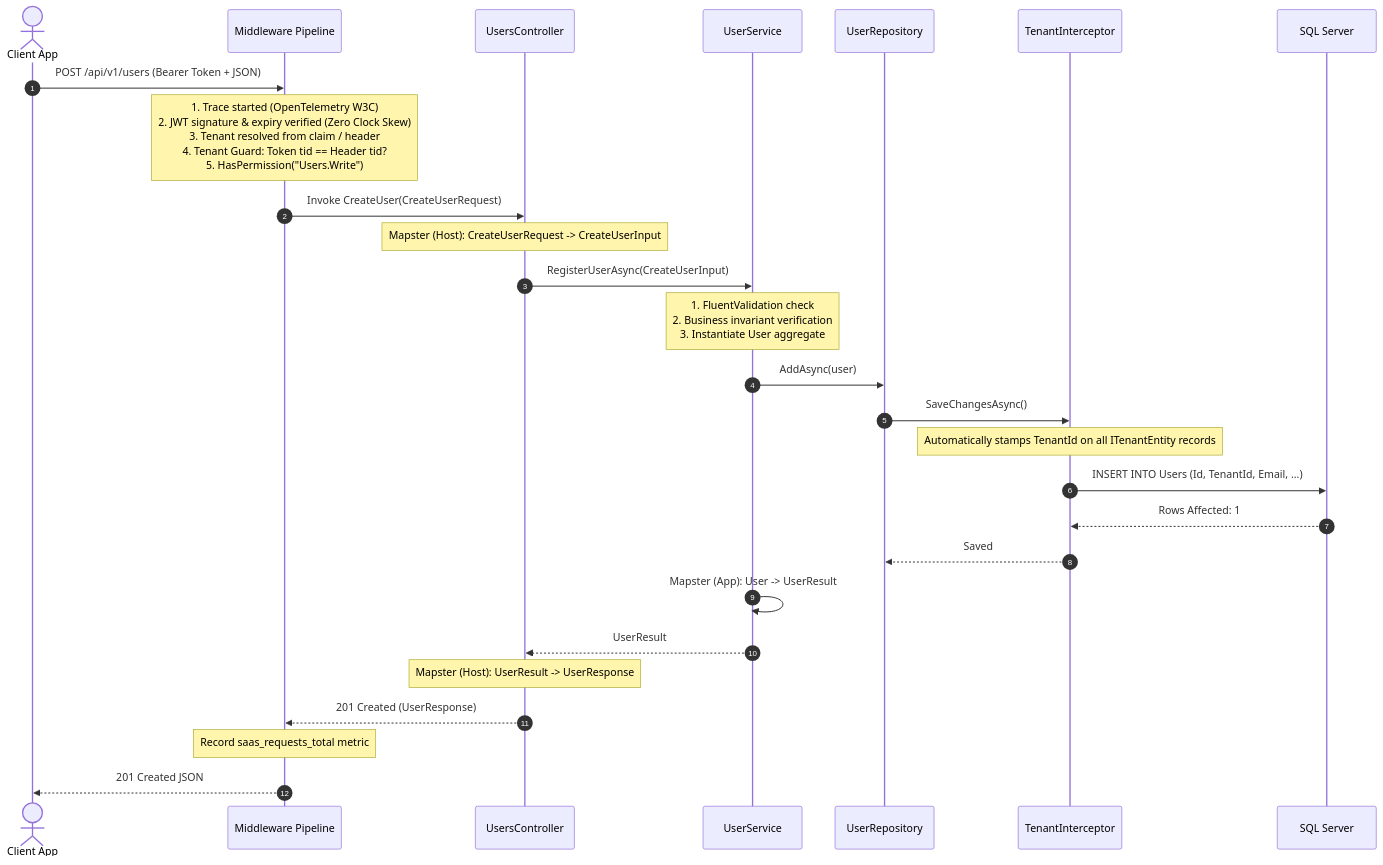
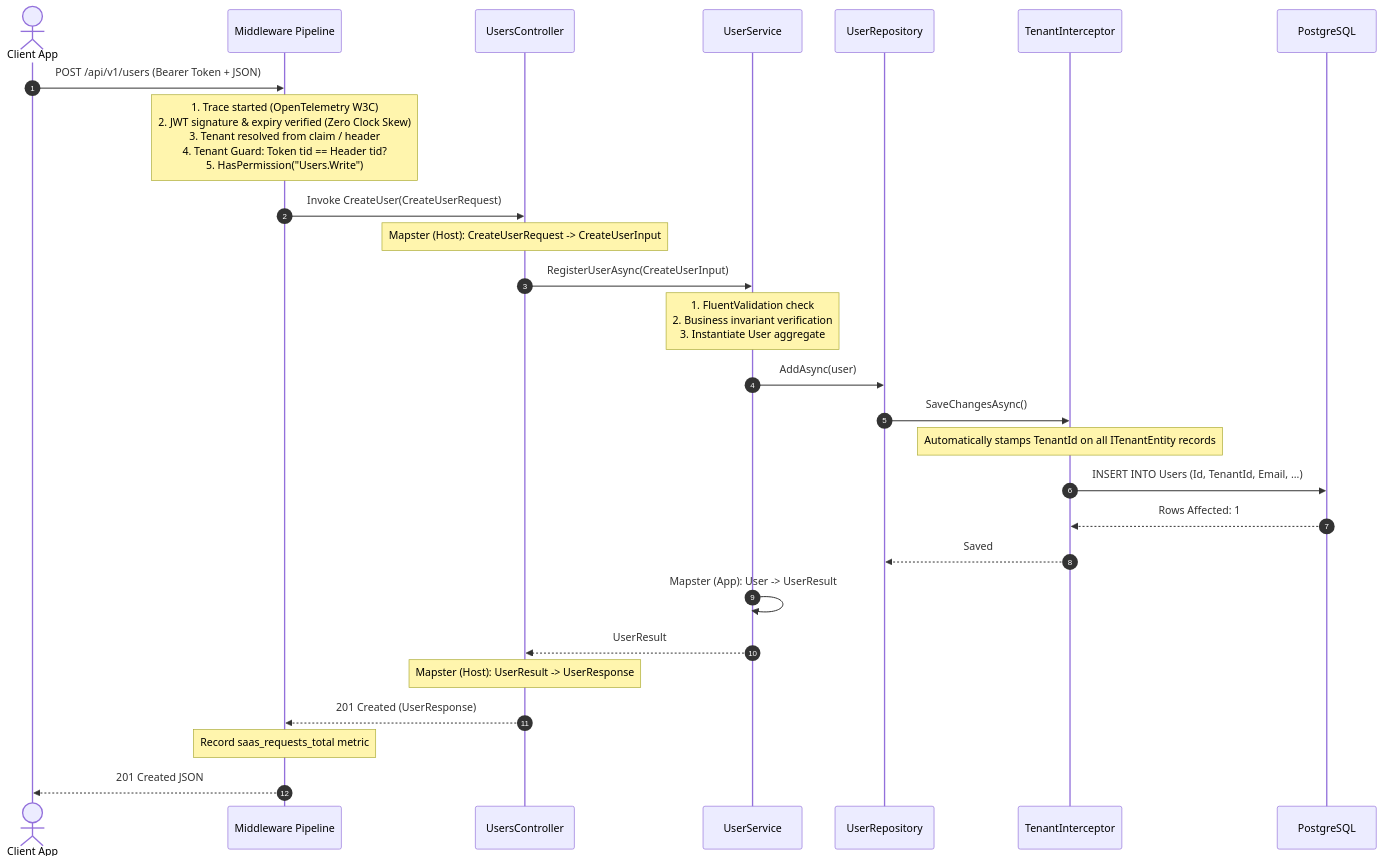
The second of 6 diagrams in ModularSaaS/ARCHITECTURE_OVERVIEW.md (AAQSOLS/Architectures), drawn with Mermaid before and after one commit. The commit also changed other lines of this file and 30 other files, not shown here.

First line of the commit message:
feat(database): migrate provider from SQL Server to PostgreSQL

````diff
--- a/ModularSaaS/ARCHITECTURE_OVERVIEW.md
+++ b/ModularSaaS/ARCHITECTURE_OVERVIEW.md
@@ -78,30 +78,30 @@
 ```mermaid
 sequenceDiagram
     autonumber
     actor Client as Client App
     participant Pipe as Middleware Pipeline
     participant Ctrl as UsersController
     participant Svc as UserService
     participant Repo as UserRepository
     participant Interceptor as TenantInterceptor
-    participant DB as SQL Server
+    participant DB as PostgreSQL
 
     Client->>Pipe: POST /api/v1/users (Bearer Token + JSON)
     Note over Pipe: 1. Trace started (OpenTelemetry W3C)<br/>2. JWT signature & expiry verified (Zero Clock Skew)<br/>3. Tenant resolved from claim / header<br/>4. Tenant Guard: Token tid == Header tid?<br/>5. HasPermission("Users.Write")
     Pipe->>Ctrl: Invoke CreateUser(CreateUserRequest)
     Note over Ctrl: Mapster (Host): CreateUserRequest -> CreateUserInput
     Ctrl->>Svc: RegisterUserAsync(CreateUserInput)
     Note over Svc: 1. FluentValidation check<br/>2. Business invariant verification<br/>3. Instantiate User aggregate
     Svc->>Repo: AddAsync(user)
     Repo->>Interceptor: SaveChangesAsync()
     Note over Interceptor: Automatically stamps TenantId on all ITenantEntity records
     Interceptor->>DB: INSERT INTO Users (Id, TenantId, Email, ...)
     DB-->>Interceptor: Rows Affected: 1
     Interceptor-->>Repo: Saved
     Svc->>Svc: Mapster (App): User -> UserResult
     Svc-->>Ctrl: UserResult
     Note over Ctrl: Mapster (Host): UserResult -> UserResponse
     Ctrl-->>Pipe: 201 Created (UserResponse)
     Note over Pipe: Record saas_requests_total metric
     Pipe-->>Client: 201 Created JSON
 ```
````
